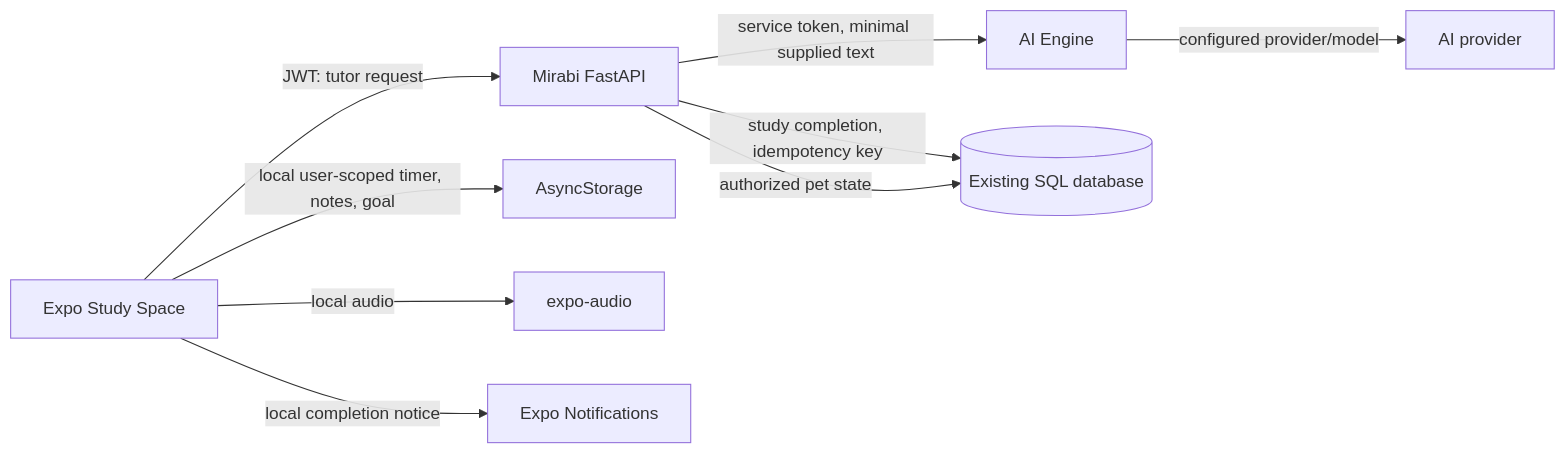
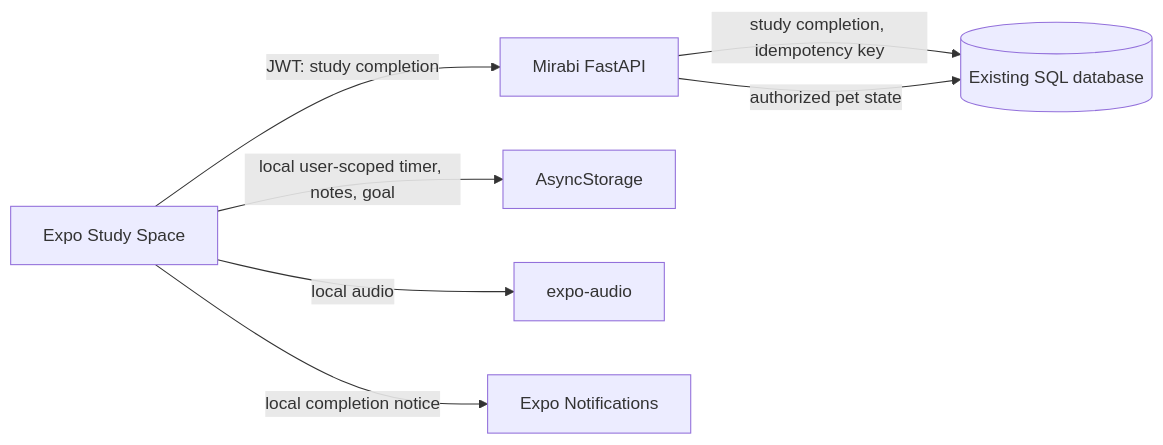
The diagram in docs/study-space.md (ttrangchauu-blip/mirabi-app), drawn with Mermaid before and after one commit. The commit also changed other lines of this file and 58 other files, not shown here.

````diff
--- a/docs/study-space.md
+++ b/docs/study-space.md
@@ -5,11 +5,9 @@
 ```mermaid
 flowchart LR
-  Mobile[Expo Study Space] -->|JWT: tutor request| API[Mirabi FastAPI]
+  Mobile[Expo Study Space] -->|JWT: study completion| API[Mirabi FastAPI]
   Mobile -->|local user-scoped timer, notes, goal| Store[AsyncStorage]
   Mobile -->|local audio| Audio[expo-audio]
   Mobile -->|local completion notice| OS[Expo Notifications]
-  API -->|service token, minimal supplied text| Engine[AI Engine]
-  Engine -->|configured provider/model| Provider[AI provider]
   API -->|study completion, idempotency key| DB[(Existing SQL database)]
   API -->|authorized pet state| DB
 ```
````
